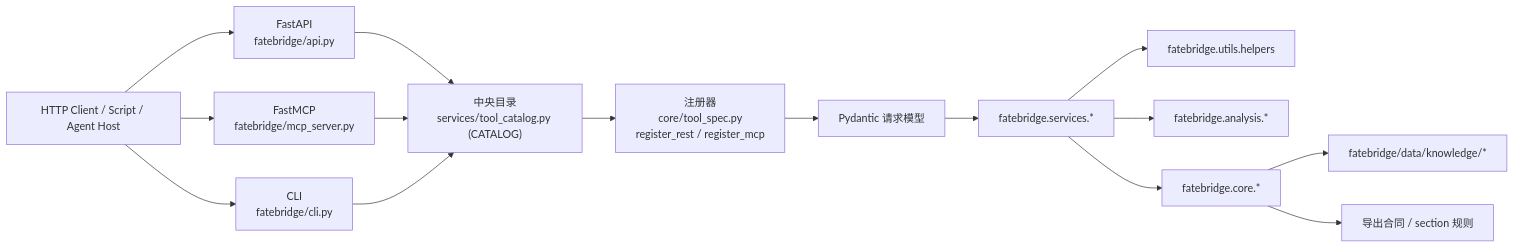
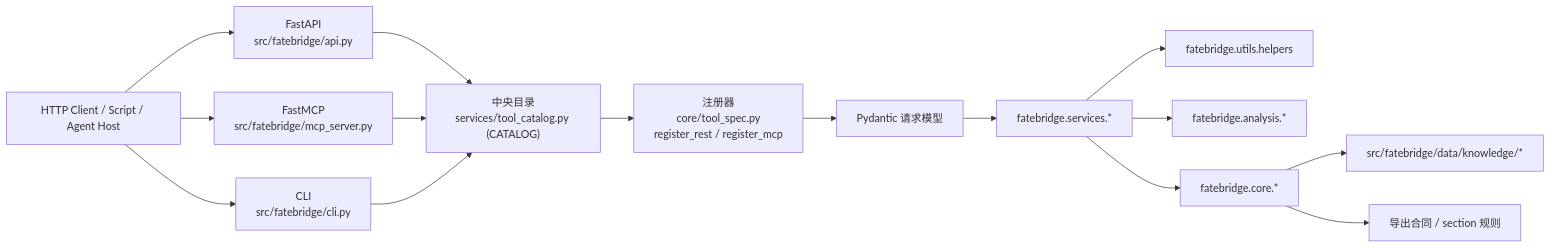
One commit to Yonder-Lab/FateBridge changed the first of 3 diagrams in docs/ARCHITECTURE.md. Above: the diagram before and after it, drawn with Mermaid. The commit also changed other lines of this file and 122 other files, not shown here.

````diff
--- a/docs/ARCHITECTURE.md
+++ b/docs/ARCHITECTURE.md
@@ -7,22 +7,22 @@
 ```mermaid
 flowchart LR
-    Client["HTTP Client / Script / Agent Host"] --> REST["FastAPI<br/>fatebridge/api.py"]
-    Client --> MCP["FastMCP<br/>fatebridge/mcp_server.py"]
-    Client --> CLI["CLI<br/>fatebridge/cli.py"]
+    Client["HTTP Client / Script / Agent Host"] --> REST["FastAPI<br/>src/fatebridge/api.py"]
+    Client --> MCP["FastMCP<br/>src/fatebridge/mcp_server.py"]
+    Client --> CLI["CLI<br/>src/fatebridge/cli.py"]
 
     REST --> Catalog["中央目录<br/>services/tool_catalog.py (CATALOG)"]
     MCP --> Catalog
     CLI --> Catalog
 
     Catalog --> Reg["注册器<br/>core/tool_spec.py<br/>register_rest / register_mcp"]
     Reg --> Models["Pydantic 请求模型"]
 
     Models --> Services["fatebridge.services.*"]
 
     Services --> Helpers["fatebridge.utils.helpers"]
     Services --> Analysis["fatebridge.analysis.*"]
     Services --> Core["fatebridge.core.*"]
 
-    Core --> Bundles["fatebridge/data/knowledge/*"]
+    Core --> Bundles["src/fatebridge/data/knowledge/*"]
     Core --> Contracts["导出合同 / section 规则"]
 ```
````
